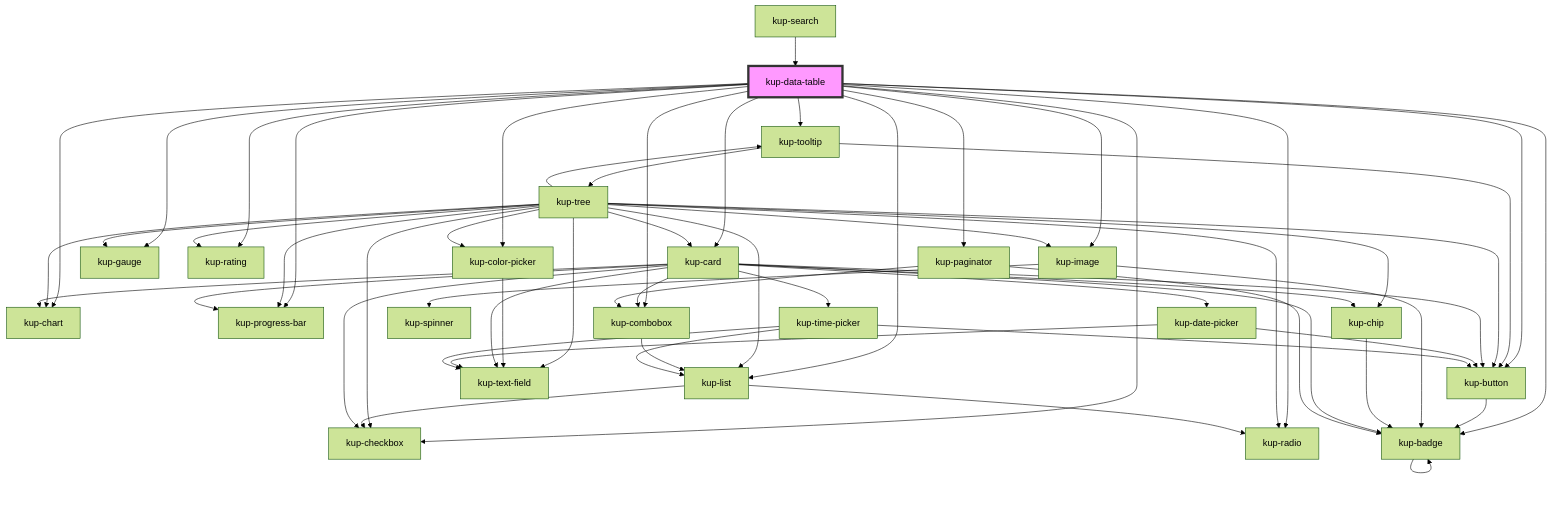
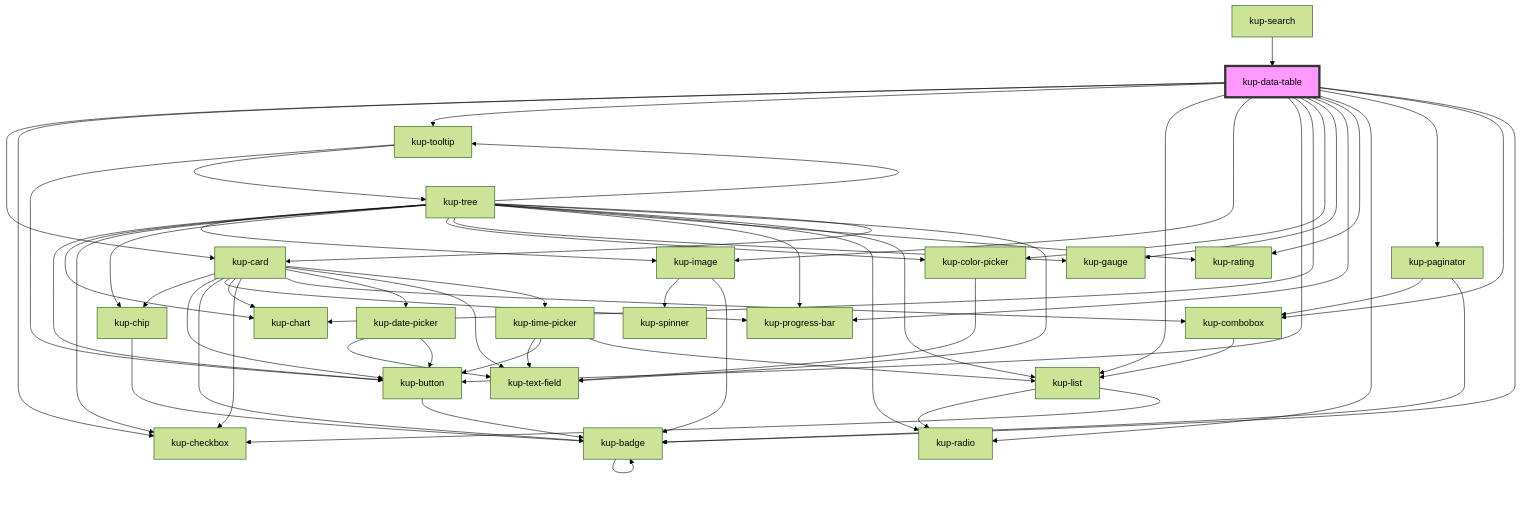
The diagram in packages/ketchup/src/components/kup-data-table/readme.md (smeup/ketchup), drawn with Mermaid (forest theme) before and after one commit. The commit also changed other lines of this file and 10 other files, not shown here.

````diff
--- a/packages/ketchup/src/components/kup-data-table/readme.md
+++ b/packages/ketchup/src/components/kup-data-table/readme.md
@@ -222,62 +222,62 @@
 ```mermaid
 graph TD;
+  kup-data-table --> kup-card
   kup-data-table --> kup-checkbox
   kup-data-table --> kup-tooltip
   kup-data-table --> kup-list
   kup-data-table --> kup-image
   kup-data-table --> kup-button
   kup-data-table --> kup-chart
   kup-data-table --> kup-color-picker
   kup-data-table --> kup-gauge
   kup-data-table --> kup-progress-bar
   kup-data-table --> kup-rating
   kup-data-table --> kup-radio
   kup-data-table --> kup-paginator
   kup-data-table --> kup-combobox
-  kup-data-table --> kup-card
   kup-data-table --> kup-badge
+  kup-card --> kup-chip
+  kup-card --> kup-button
+  kup-card --> kup-badge
+  kup-card --> kup-progress-bar
+  kup-card --> kup-chart
+  kup-card --> kup-checkbox
+  kup-card --> kup-combobox
+  kup-card --> kup-date-picker
+  kup-card --> kup-text-field
+  kup-card --> kup-time-picker
+  kup-chip --> kup-badge
+  kup-badge --> kup-badge
+  kup-button --> kup-badge
+  kup-combobox --> kup-list
+  kup-list --> kup-radio
+  kup-list --> kup-checkbox
+  kup-date-picker --> kup-text-field
+  kup-date-picker --> kup-button
+  kup-time-picker --> kup-text-field
+  kup-time-picker --> kup-button
+  kup-time-picker --> kup-list
   kup-tooltip --> kup-button
   kup-tooltip --> kup-tree
-  kup-button --> kup-badge
-  kup-badge --> kup-badge
   kup-tree --> kup-image
   kup-tree --> kup-button
   kup-tree --> kup-chart
   kup-tree --> kup-checkbox
   kup-tree --> kup-chip
   kup-tree --> kup-color-picker
   kup-tree --> kup-gauge
   kup-tree --> kup-progress-bar
   kup-tree --> kup-rating
   kup-tree --> kup-radio
   kup-tree --> kup-tooltip
   kup-tree --> kup-list
   kup-tree --> kup-text-field
   kup-tree --> kup-card
   kup-image --> kup-spinner
   kup-image --> kup-badge
-  kup-chip --> kup-badge
   kup-color-picker --> kup-text-field
-  kup-list --> kup-radio
-  kup-list --> kup-checkbox
-  kup-card --> kup-chip
-  kup-card --> kup-button
-  kup-card --> kup-badge
-  kup-card --> kup-progress-bar
-  kup-card --> kup-chart
-  kup-card --> kup-checkbox
-  kup-card --> kup-combobox
-  kup-card --> kup-date-picker
-  kup-card --> kup-text-field
-  kup-card --> kup-time-picker
-  kup-combobox --> kup-list
-  kup-date-picker --> kup-text-field
-  kup-date-picker --> kup-button
-  kup-time-picker --> kup-text-field
-  kup-time-picker --> kup-button
-  kup-time-picker --> kup-list
   kup-paginator --> kup-combobox
   kup-paginator --> kup-badge
   kup-search --> kup-data-table
   style kup-data-table fill:#f9f,stroke:#333,stroke-width:4px
 ```
````
